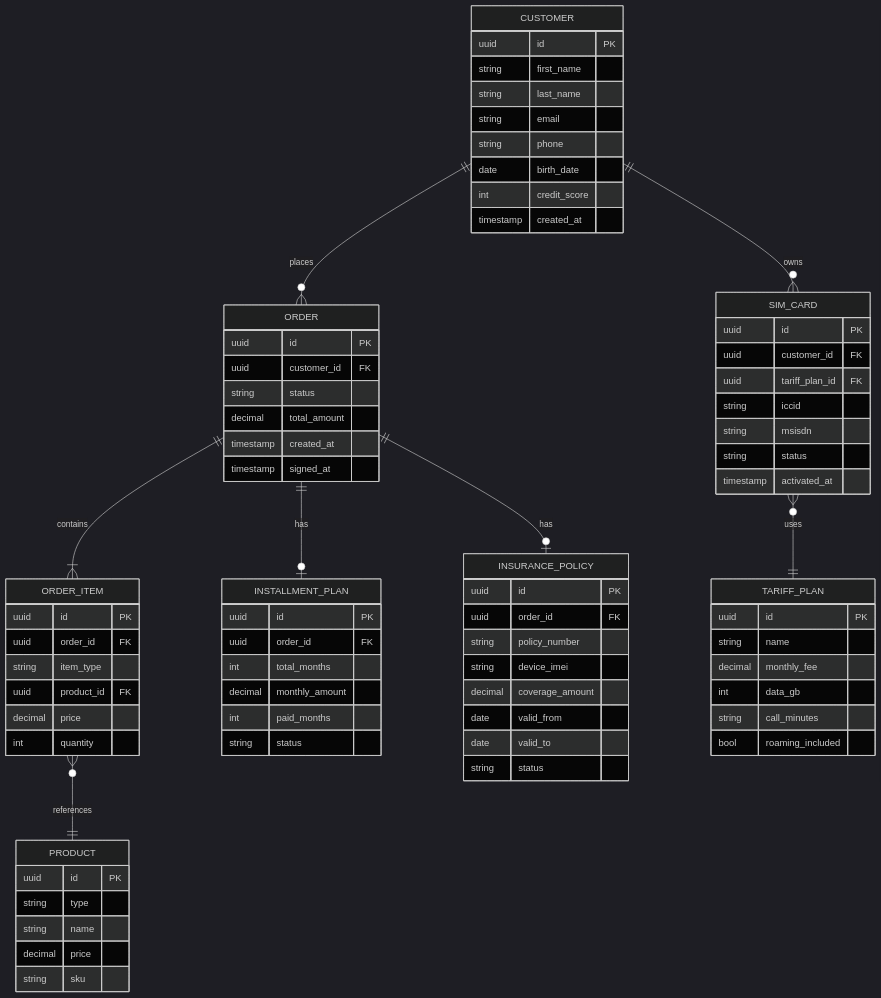
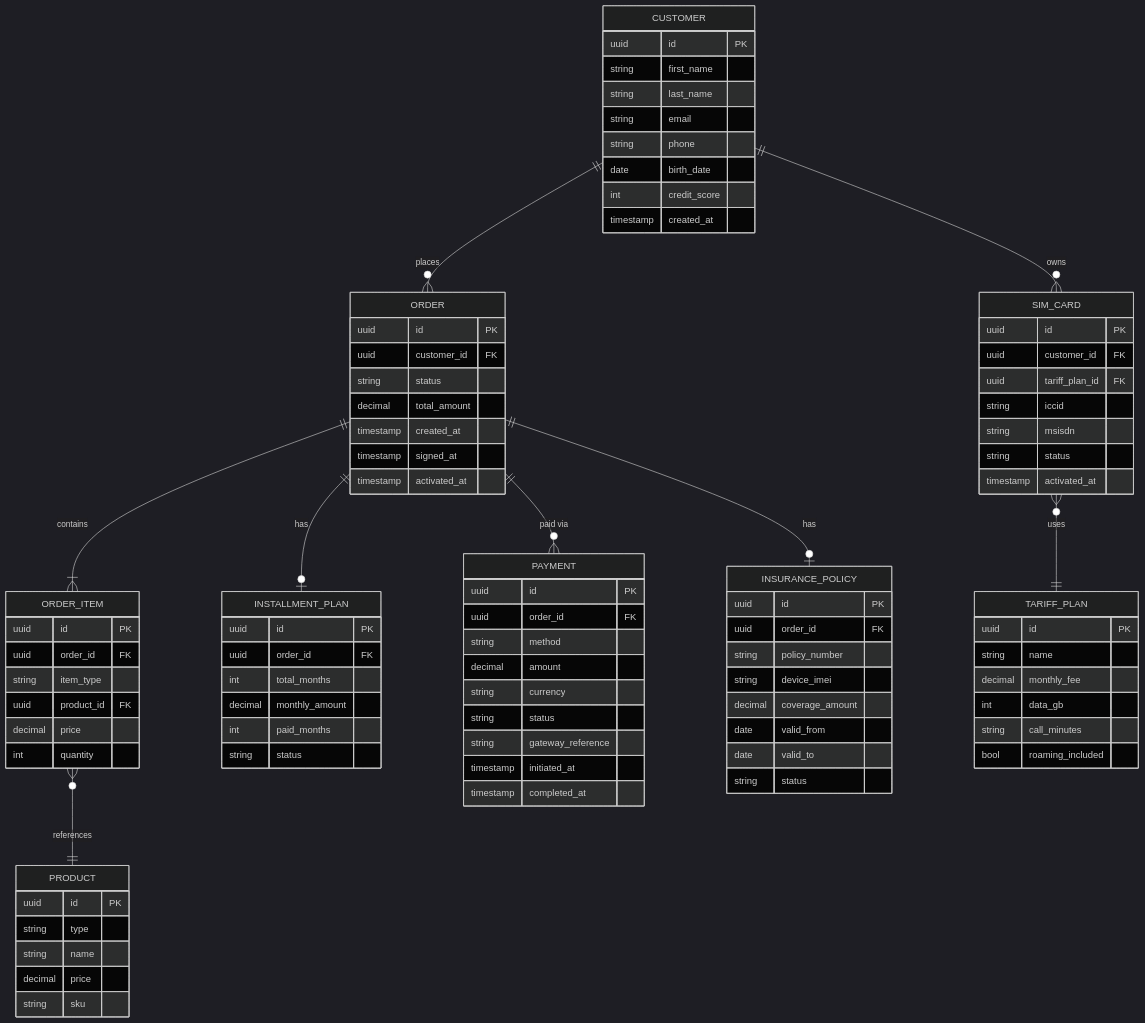
The fourth of 4 diagrams in telecom/purchase-flow.md (Jurajjjjj1988/it-analyst-portfolio), drawn with Mermaid (dark theme) before and after one commit. The commit also changed other lines of this file and 3 other files, not shown here.

First line of the commit message:
feat: add user stories, Postman collection, translate diagrams to English

```diff
--- a/telecom/purchase-flow.md
+++ b/telecom/purchase-flow.md
@@ -152,6 +152,7 @@
         decimal total_amount
         timestamp created_at
         timestamp signed_at
+        timestamp activated_at
     }
 
     ORDER_ITEM {
@@ -189,6 +190,18 @@
         string status
     }
 
+    PAYMENT {
+        uuid id PK
+        uuid order_id FK
+        string method
+        decimal amount
+        string currency
+        string status
+        string gateway_reference
+        timestamp initiated_at
+        timestamp completed_at
+    }
+
     INSURANCE_POLICY {
         uuid id PK
         uuid order_id FK
@@ -214,6 +227,7 @@
     ORDER ||--|{ ORDER_ITEM : "contains"
     ORDER_ITEM }o--|| PRODUCT : "references"
     ORDER ||--o| INSTALLMENT_PLAN : "has"
+    ORDER ||--o{ PAYMENT : "paid via"
     ORDER ||--o| INSURANCE_POLICY : "has"
     CUSTOMER ||--o{ SIM_CARD : "owns"
     SIM_CARD }o--|| TARIFF_PLAN : "uses"
```
